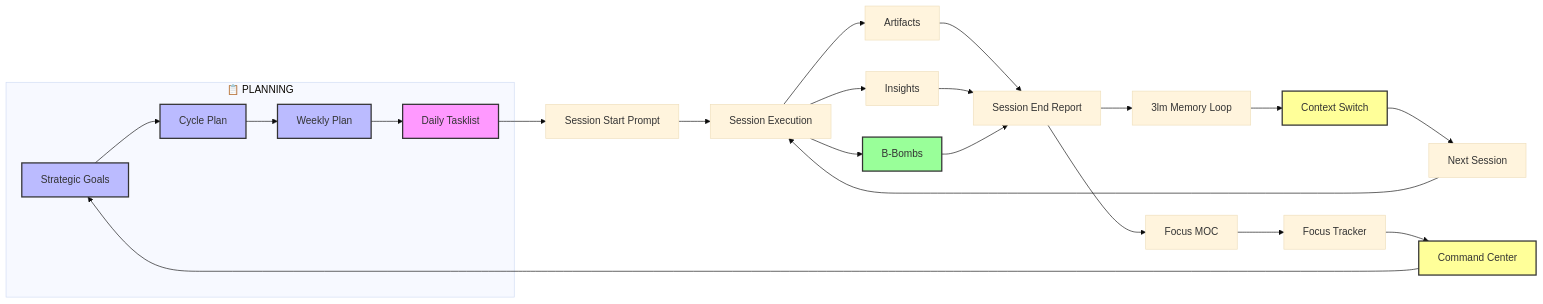
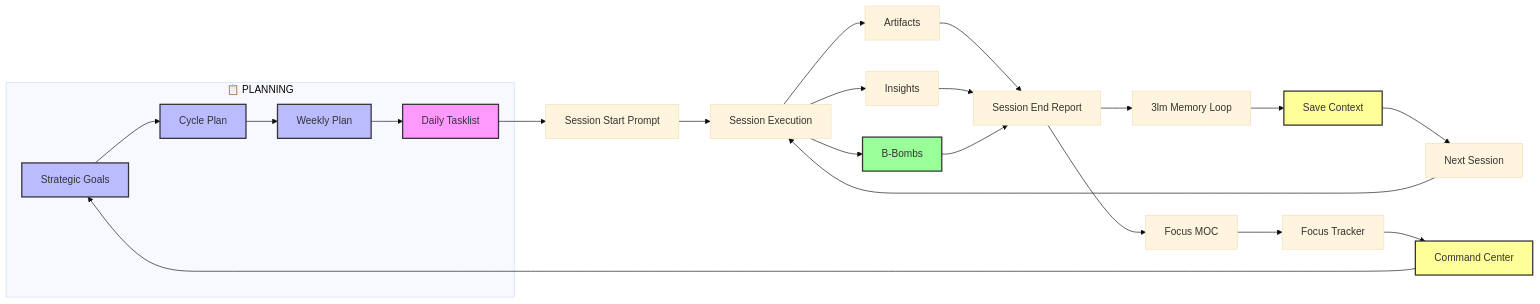
One commit to kmagwenzi/ai-suplex changed the diagram in AI-Suplex-777/AI-Suplex Kick-start/The AI-Suplex Workflow Pipeline.md. Above: the diagram before and after it, drawn with Mermaid (base theme). The commit also changed other lines of this file and 16 other files, not shown here.

Commit message:
Refactor: Context Switching → Save Context (pattern, skill, docs)

````diff
--- a/AI-Suplex-777/AI-Suplex Kick-start/The AI-Suplex Workflow Pipeline.md
+++ b/AI-Suplex-777/AI-Suplex Kick-start/The AI-Suplex Workflow Pipeline.md
@@ -17,30 +17,30 @@
 ```mermaid
 graph LR
     subgraph "📋 PLANNING"
         A[Strategic Goals] --> B[Cycle Plan]
         B --> C[Weekly Plan]
         C --> D[Daily Tasklist]
     end
     D --> E[Session Start Prompt]
     E --> F[Session Execution]
     F --> G[Artifacts]
     F --> H[Insights]
     F --> I[B‑Bombs]
     G & H & I --> J[Session End Report]
     J --> K[3lm Memory Loop]
-    K --> L[Context Switch]
+    K --> L[Save Context]
     L --> M[Next Session]
     M --> F
     J --> N[Focus MOC]
     N --> O[Focus Tracker]
     O --> P[Command Center]
     P --> A
 
     style A fill:#bbf,stroke:#333,stroke-width:2px
     style B fill:#bbf,stroke:#333,stroke-width:2px
     style C fill:#bbf,stroke:#333,stroke-width:2px
     style D fill:#f9f,stroke:#333,stroke-width:2px
     style I fill:#9f9,stroke:#333,stroke-width:2px
     style L fill:#ff9,stroke:#333,stroke-width:2px
     style P fill:#ff9,stroke:#333,stroke-width:2px
 ```
````
